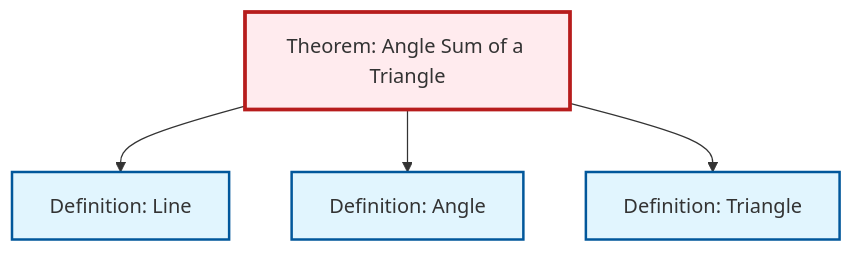
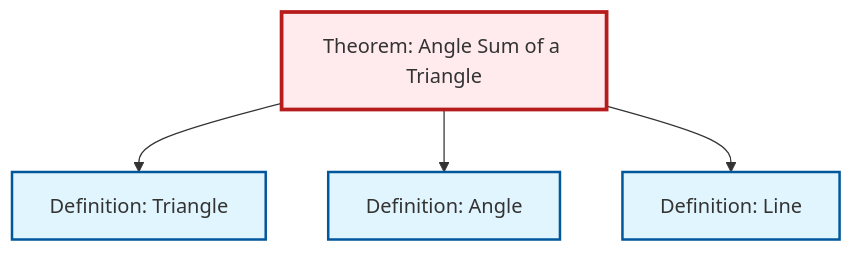
One commit to RK0429/ModernMath changed the diagram in output/mermaid/thm-angle-sum-triangle.mermaid. Above: the diagram before and after it, drawn with Mermaid. The commit also changed other lines of this file and 1437 other files, not shown here.

```diff
--- a/output/mermaid/thm-angle-sum-triangle.mermaid
+++ b/output/mermaid/thm-angle-sum-triangle.mermaid
@@ -1,15 +1,15 @@
 %%| fig-cap: "Local dependency graph"
 graph TD
     classDef definition fill:#e1f5fe,stroke:#01579b,stroke-width:2px
     classDef theorem fill:#f3e5f5,stroke:#4a148c,stroke-width:2px
     classDef axiom fill:#fff3e0,stroke:#e65100,stroke-width:2px
     classDef example fill:#e8f5e9,stroke:#1b5e20,stroke-width:2px
     classDef current fill:#ffebee,stroke:#b71c1c,stroke-width:3px
+    thm-angle-sum-triangle["Theorem: Angle Sum of a Triangle"]:::theorem
+    def-line["Definition: Line"]:::definition
+    def-angle["Definition: Angle"]:::definition
     def-triangle["Definition: Triangle"]:::definition
-    def-line["Definition: Line"]:::definition
-    thm-angle-sum-triangle["Theorem: Angle Sum of a Triangle"]:::theorem
-    def-angle["Definition: Angle"]:::definition
+    thm-angle-sum-triangle --> def-triangle
+    thm-angle-sum-triangle --> def-angle
     thm-angle-sum-triangle --> def-line
-    thm-angle-sum-triangle --> def-angle
-    thm-angle-sum-triangle --> def-triangle
     class thm-angle-sum-triangle current
```
